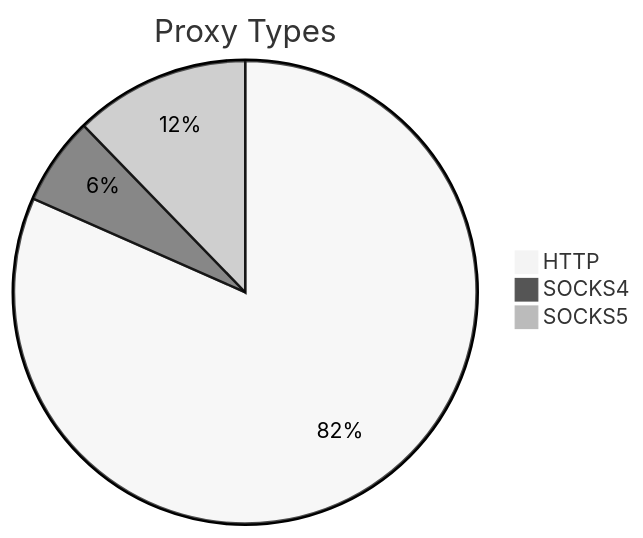
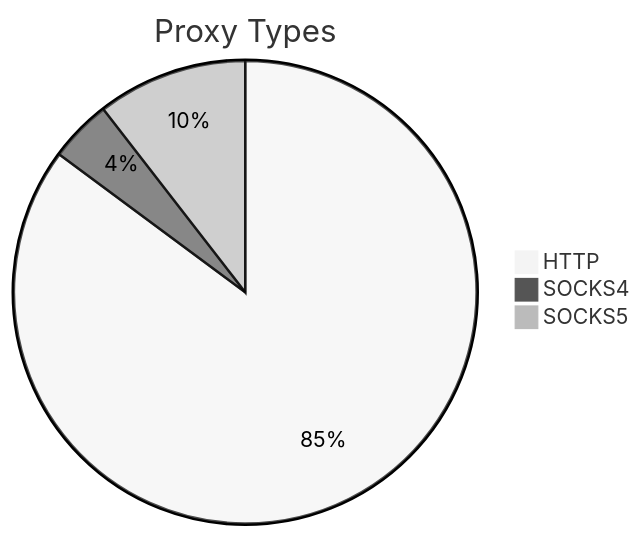
The first of 2 diagrams in README.md (stormsia/proxy-list), drawn with Mermaid (neutral theme) before and after one commit. The commit also changed other lines of this file, not shown here.

````diff
--- a/README.md
+++ b/README.md
@@ -21,6 +21,6 @@
 ```mermaid
 pie title Proxy Types
-    "HTTP" : 453
-    "SOCKS4" : 34
-    "SOCKS5" : 68
+    "HTTP" : 430
+    "SOCKS4" : 22
+    "SOCKS5" : 53
 ```
````
